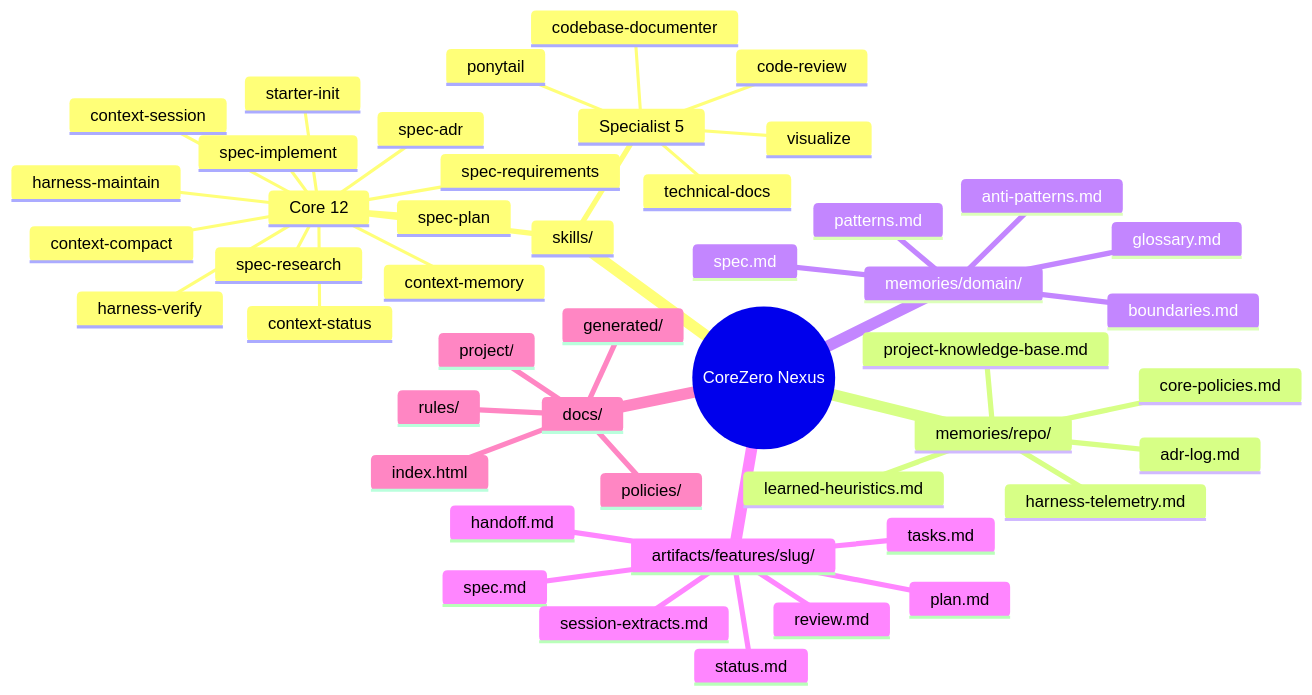
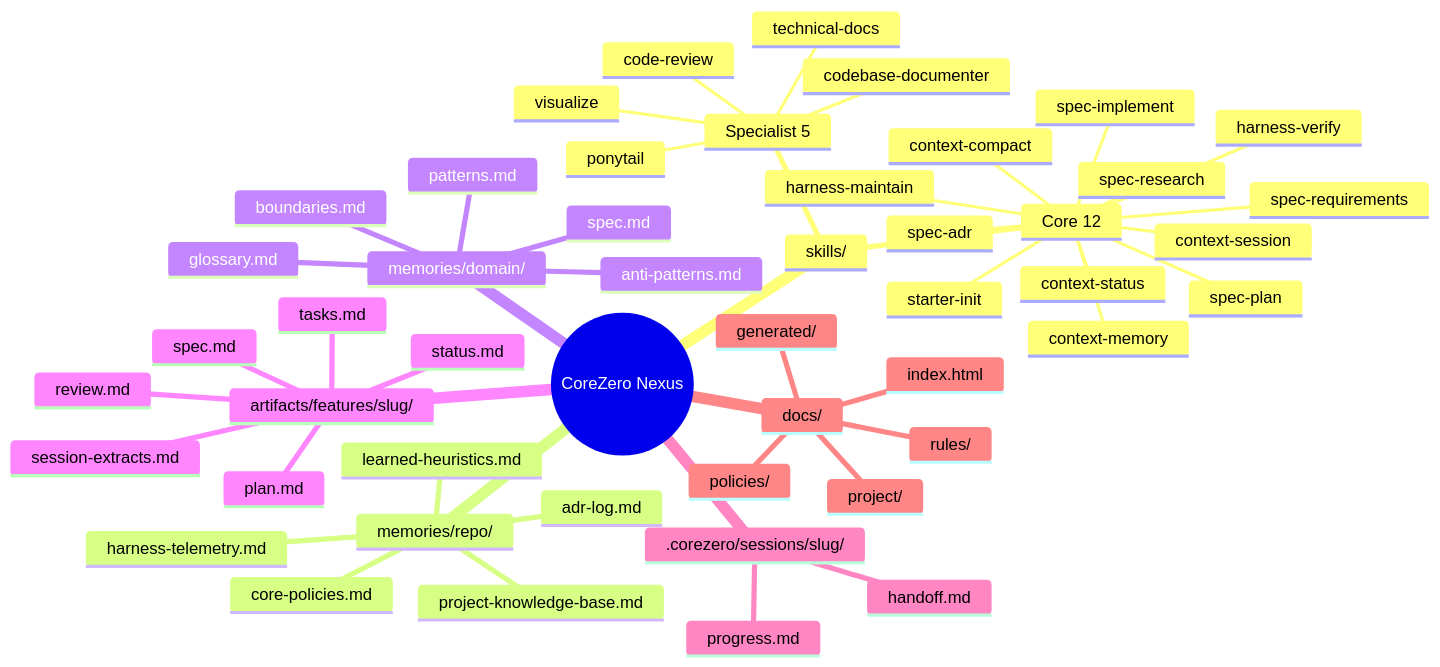
The second of 3 diagrams in documents/architecture.md (thaihai-swe/CoreZero-Nexus), drawn with Mermaid before and after one commit. The commit also changed other lines of this file and 47 other files, not shown here.

````diff
--- a/documents/architecture.md
+++ b/documents/architecture.md
@@ -261,50 +269,52 @@
 ```mermaid
 mindmap
   root((CoreZero Nexus))
     skills/
       Core 12
         starter-init
         context-session
         context-status
         context-memory
         context-compact
         spec-research
         spec-requirements
         spec-adr
         spec-plan
         spec-implement
         harness-verify
         harness-maintain
       Specialist 5
         code-review
         visualize
         codebase-documenter
         technical-docs
         ponytail
     memories/repo/
       adr-log.md
       core-policies.md
       harness-telemetry.md
       learned-heuristics.md
       project-knowledge-base.md
     memories/domain/
       anti-patterns.md
       boundaries.md
       glossary.md
       patterns.md
       spec.md
     artifacts/features/slug/
       status.md
       spec.md
       plan.md
       tasks.md
       review.md
+      session-extracts.md
+    .corezero/sessions/slug/
+      progress.md
       handoff.md
-      session-extracts.md
     docs/
       generated/
       policies/
       project/
       rules/
       index.html
 ```
````
